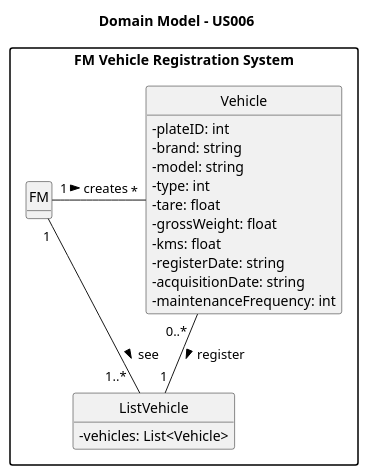
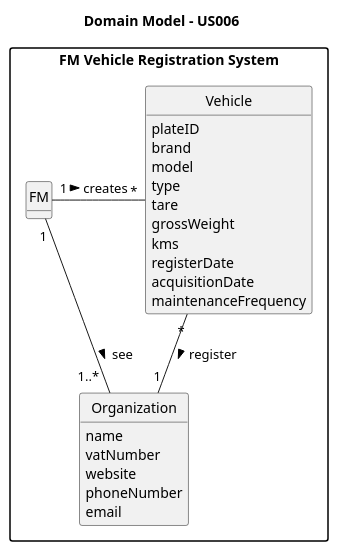
One commit to SAEmanuel/Green_Spaces_Management_ISEP changed the diagram in docs/sprintA/us006/02.analysis/puml/us006-domain-model.puml. Above: the diagram before and after it, drawn with PlantUML. The commit also changed 2 other files, not shown here.

```diff
--- a/docs/sprintA/us006/02.analysis/puml/us006-domain-model.puml
+++ b/docs/sprintA/us006/02.analysis/puml/us006-domain-model.puml
@@ -1,40 +1,44 @@
 @startuml
 skinparam monochrome true
 skinparam packageStyle rectangle
 skinparam shadowing false
 
 skinparam classAttributeIconSize 0
 
 hide circles
 hide methods
 
 title Domain Model - US006
 
 package "FM Vehicle Registration System" {
 
     class FM {
     }
 
     class Vehicle {
-         - plateID: int
-         - brand: string
-         - model: string
-         - type: int
-         - tare: float
-         - grossWeight: float
-         - kms: float
-         - registerDate: string
-         - acquisitionDate: string
-         - maintenanceFrequency: int
+         plateID
+         brand
+         model
+         type
+         tare
+         grossWeight
+         kms
+         registerDate
+         acquisitionDate
+         maintenanceFrequency
     }
 
-    class ListVehicle {
-        - vehicles: List<Vehicle>
-    }
+    class Organization {
+            name
+            vatNumber
+            website
+            phoneNumber
+            email
+        }
 
 
     FM "1" - "*" Vehicle : creates >
-    FM "1" - "1..*  " ListVehicle: see >
-    Vehicle "0..*  " -- "1" ListVehicle : register >
+    FM "1" - "1..*  " Organization: see >
+    Vehicle "*" -- "1" Organization : register >
 }
 @enduml
```
